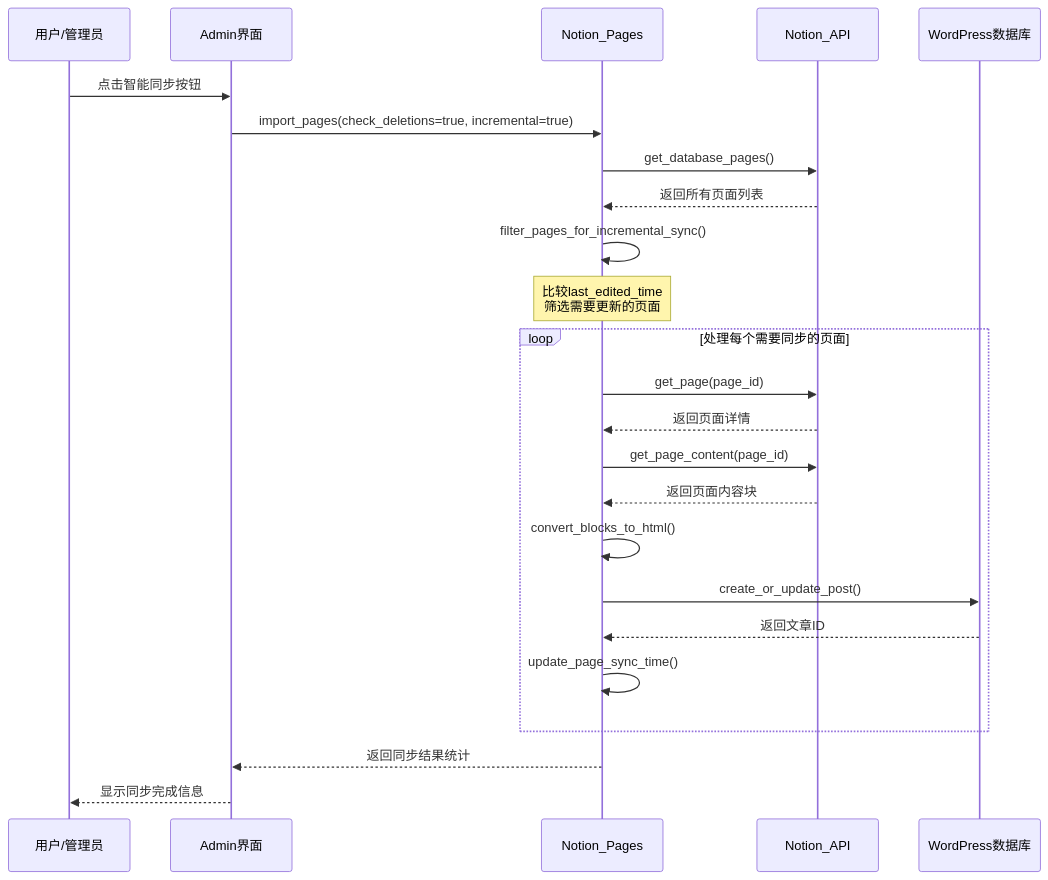
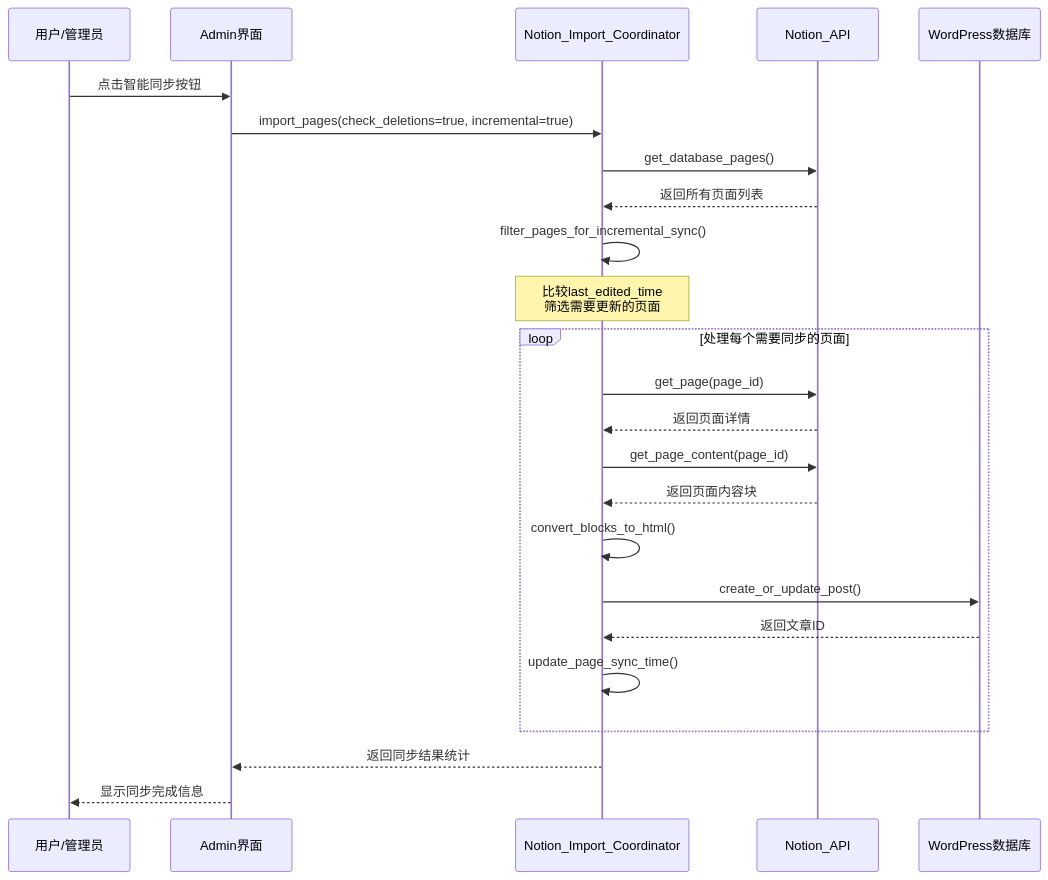
Before and after one commit to Frank-Loong/Notion-to-WordPress: the second of 4 diagrams in docs/DEVELOPER_GUIDE-zh_CN.md, drawn with Mermaid. The commit also changed other lines of this file and 26 other files, not shown here.

````diff
--- a/docs/DEVELOPER_GUIDE-zh_CN.md
+++ b/docs/DEVELOPER_GUIDE-zh_CN.md
@@ -222,29 +257,29 @@
 ```mermaid
 sequenceDiagram
     participant U as 用户/管理员
     participant A as Admin界面
-    participant P as Notion_Pages
+    participant IC as Notion_Import_Coordinator
     participant API as Notion_API
     participant WP as WordPress数据库
 
     U->>A: 点击智能同步按钮
-    A->>P: import_pages(check_deletions=true, incremental=true)
-    P->>API: get_database_pages()
-    API-->>P: 返回所有页面列表
-    P->>P: filter_pages_for_incremental_sync()
-    Note over P: 比较last_edited_time<br/>筛选需要更新的页面
+    A->>IC: import_pages(check_deletions=true, incremental=true)
+    IC->>API: get_database_pages()
+    API-->>IC: 返回所有页面列表
+    IC->>IC: filter_pages_for_incremental_sync()
+    Note over IC: 比较last_edited_time<br/>筛选需要更新的页面
 
     loop 处理每个需要同步的页面
-        P->>API: get_page(page_id)
-        API-->>P: 返回页面详情
-        P->>API: get_page_content(page_id)
-        API-->>P: 返回页面内容块
-        P->>P: convert_blocks_to_html()
-        P->>WP: create_or_update_post()
-        WP-->>P: 返回文章ID
-        P->>P: update_page_sync_time()
+        IC->>API: get_page(page_id)
+        API-->>IC: 返回页面详情
+        IC->>API: get_page_content(page_id)
+        API-->>IC: 返回页面内容块
+        IC->>IC: convert_blocks_to_html()
+        IC->>WP: create_or_update_post()
+        WP-->>IC: 返回文章ID
+        IC->>IC: update_page_sync_time()
     end
 
-    P-->>A: 返回同步结果统计
+    IC-->>A: 返回同步结果统计
     A-->>U: 显示同步完成信息
 ```
````
